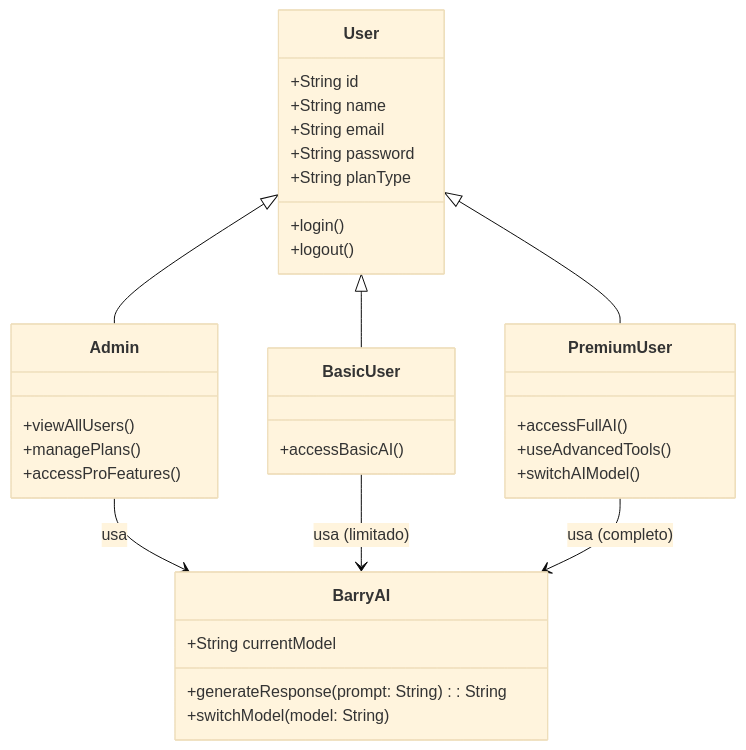
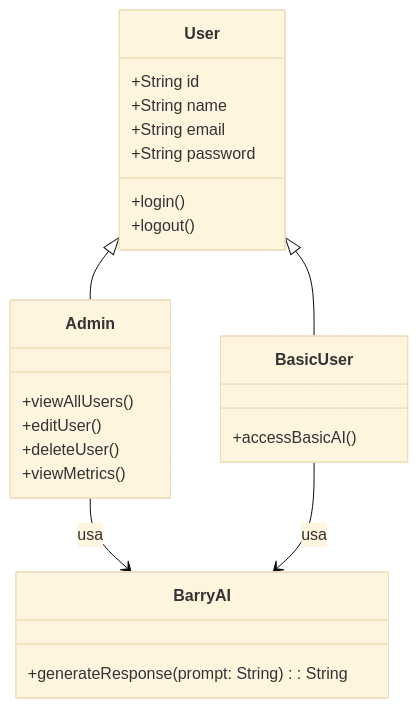
The first of 3 diagrams in README.md (MarcoSilva2007/BarryAi), drawn with Mermaid (base theme) before and after one commit. The commit also changed other lines of this file and 13 other files, not shown here.

````diff
--- a/README.md
+++ b/README.md
@@ -114,41 +106,31 @@
 ```mermaid
 classDiagram
     class User {
         +String id
         +String name
         +String email
         +String password
-        +String planType
         +login()
         +logout()
     }
 
     class Admin {
         +viewAllUsers()
-        +managePlans()
-        +accessProFeatures()
+        +editUser()
+        +deleteUser()
+        +viewMetrics()
     }
 
     class BasicUser {
         +accessBasicAI()
     }
 
-    class PremiumUser {
-        +accessFullAI()
-        +useAdvancedTools()
-        +switchAIModel()
-    }
-
     class BarryAI {
-        +String currentModel
         +generateResponse(prompt: String): String
-        +switchModel(model: String)
     }
 
     User <|-- Admin
     User <|-- BasicUser
-    User <|-- PremiumUser
     Admin --> BarryAI : usa
-    BasicUser --> BarryAI : usa (limitado)
-    PremiumUser --> BarryAI : usa (completo)
+    BasicUser --> BarryAI : usa
 ```
````
